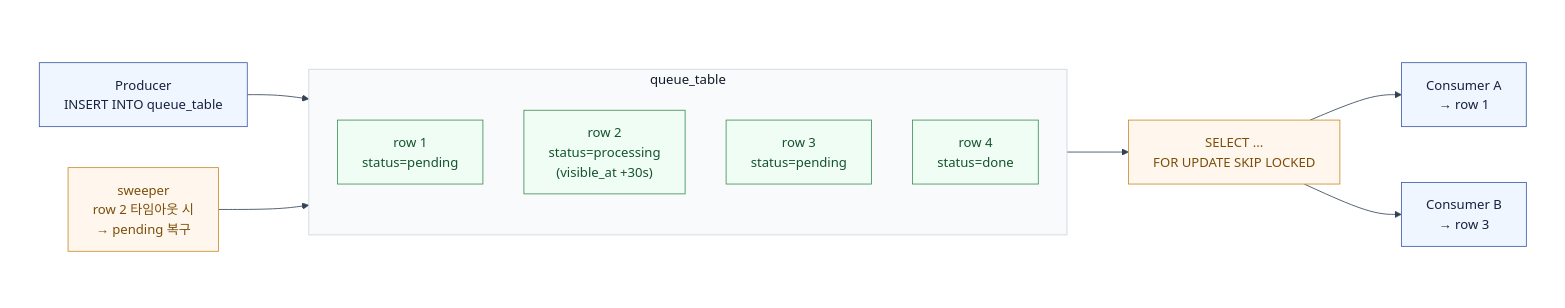
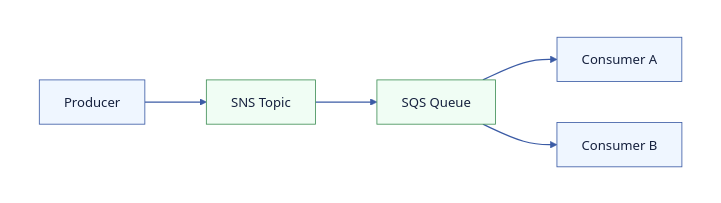
One commit to Hyune-s-lab/my-ai-study changed the third of 10 diagrams in computer-science/2607-message-queue.md. Above: the diagram before and after it, drawn with Mermaid. The commit also changed other lines of this file and 28 other files, not shown here.

Commit message:
docs: Mermaid 호환성과 문서 가독성 개선

````diff
--- a/computer-science/2607-message-queue.md
+++ b/computer-science/2607-message-queue.md
@@ -192,46 +67,19 @@
 ```mermaid
----
-config:
-  theme: base
-  darkMode: false
-  look: classic
-  themeVariables:
-    background: "#ffffff"
-    primaryColor: "#ffffff"
-    primaryTextColor: "#111827"
-    primaryBorderColor: "#475569"
-    lineColor: "#334155"
-    edgeLabelBackground: "#ffffff"
----
 flowchart LR
+%%{init: {"theme": "base", "darkMode": false, "themeVariables": {"background": "#ffffff", "primaryColor": "#EFF6FF", "primaryTextColor": "#16213E", "primaryBorderColor": "#3B5BA5", "secondaryColor": "#F0FDF4", "tertiaryColor": "#FAF5FF", "lineColor": "#3B5BA5", "textColor": "#16213E", "edgeLabelBackground": "#ffffff", "clusterBkg": "#F8FAFC", "clusterBorder": "#CBD5E1"}}}%%
   subgraph canvas[" "]
     direction LR
-
-    prod["Producer\nINSERT INTO queue_table"]:::app
-
-    subgraph queue["queue_table"]
-      direction TB
-      row1["row 1\nstatus=pending"]:::db
-      row2["row 2\nstatus=processing\n(visible_at +30s)"]:::db
-      row3["row 3\nstatus=pending"]:::db
-      row4["row 4\nstatus=done"]:::db
-    end
-
-    poll["SELECT ...\nFOR UPDATE SKIP LOCKED"]:::ctrl
-    c1["Consumer A\n→ row 1"]:::app
-    c2["Consumer B\n→ row 3"]:::app
-    sweep["sweeper\nrow 2 타임아웃 시\n→ pending 복구"]:::ctrl
-
-    prod --> row1
-    row1 --> poll
-    poll --> c1
-    poll --> c2
-    sweep --> row2
+    p["Producer"] --> sns["SNS Topic"]
+    sns --> q["SQS Queue"]
+    q --> a["Consumer A"]
+    q --> b["Consumer B"]
   end
-
+  style canvas fill:#ffffff,stroke:#ffffff,color:#111827
+  linkStyle default stroke:#3B5BA5,stroke-width:1.5px
   classDef app fill:#EFF6FF,stroke:#3B5BA5,stroke-width:1px,color:#16213E
-  classDef db fill:#F0FDF4,stroke:#3F8E55,stroke-width:1px,color:#14532D
-  classDef ctrl fill:#FFF7ED,stroke:#C98A2B,stroke-width:1px,color:#7A4E0A
-  style queue fill:#F8FAFC,stroke:#CBD5E1,stroke-width:1px,color:#111827
-  style canvas fill:#ffffff,stroke:#ffffff,stroke-width:0px,color:#111827
+  class p,a,b app
+  classDef db fill:#F0FDF4,stroke:#3F8E55,stroke-width:1px,color:#16213E
+  class sns,q db
+  classDef policy fill:#FAF5FF,stroke:#A855F7,stroke-width:1px,color:#16213E
+  classDef worker fill:#FFF7ED,stroke:#C98A2B,stroke-width:1px,color:#16213E
 ```
````
